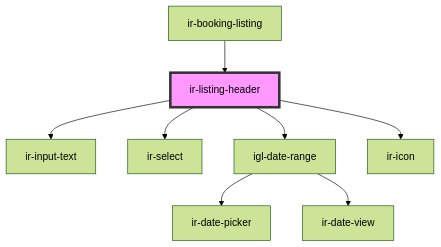
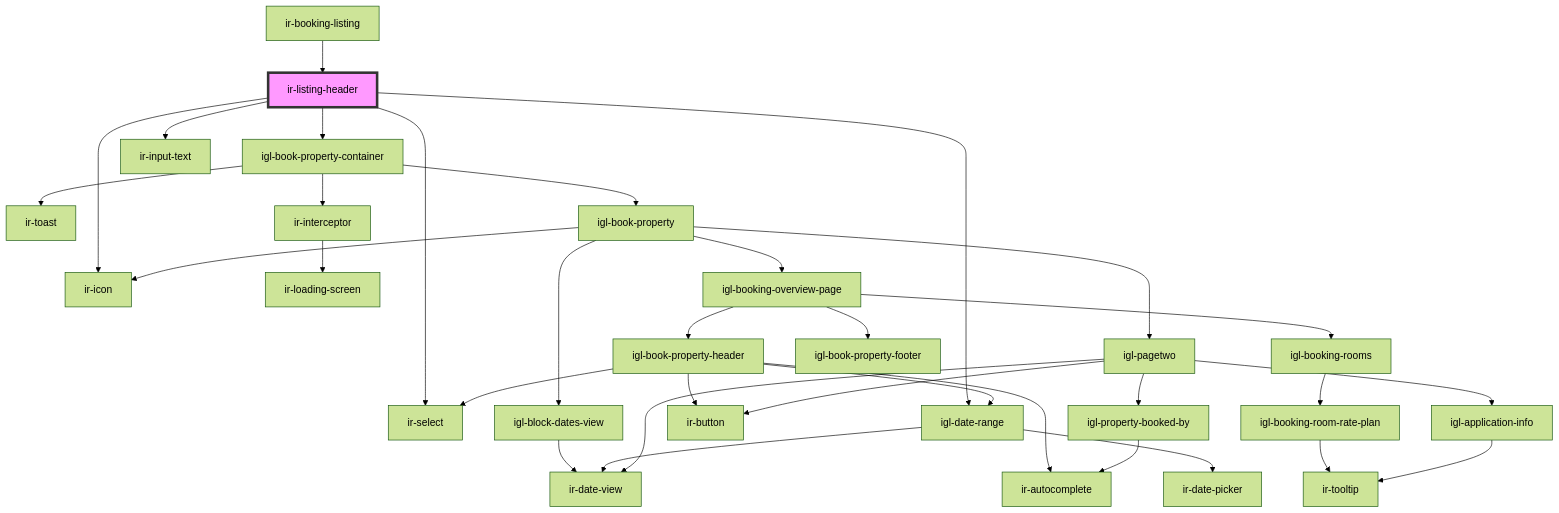
The diagram in src/components/ir-booking-listing/ir-listing-header/readme.md (David1Chowaifaty/modified-ir-webcmp), drawn with Mermaid (forest theme) before and after one commit. The commit also changed other lines of this file and 6 other files, not shown here.

````diff
--- a/src/components/ir-booking-listing/ir-listing-header/readme.md
+++ b/src/components/ir-booking-listing/ir-listing-header/readme.md
@@ -22,11 +32,36 @@
 ```mermaid
 graph TD;
+  ir-listing-header --> igl-book-property-container
   ir-listing-header --> ir-input-text
   ir-listing-header --> ir-select
   ir-listing-header --> igl-date-range
   ir-listing-header --> ir-icon
+  igl-book-property-container --> ir-toast
+  igl-book-property-container --> ir-interceptor
+  igl-book-property-container --> igl-book-property
+  ir-interceptor --> ir-loading-screen
+  igl-book-property --> igl-block-dates-view
+  igl-book-property --> ir-icon
+  igl-book-property --> igl-booking-overview-page
+  igl-book-property --> igl-pagetwo
+  igl-block-dates-view --> ir-date-view
+  igl-booking-overview-page --> igl-book-property-header
+  igl-booking-overview-page --> igl-booking-rooms
+  igl-booking-overview-page --> igl-book-property-footer
+  igl-book-property-header --> ir-autocomplete
+  igl-book-property-header --> ir-select
+  igl-book-property-header --> ir-button
+  igl-book-property-header --> igl-date-range
   igl-date-range --> ir-date-picker
   igl-date-range --> ir-date-view
+  igl-booking-rooms --> igl-booking-room-rate-plan
+  igl-booking-room-rate-plan --> ir-tooltip
+  igl-pagetwo --> ir-date-view
+  igl-pagetwo --> igl-application-info
+  igl-pagetwo --> igl-property-booked-by
+  igl-pagetwo --> ir-button
+  igl-application-info --> ir-tooltip
+  igl-property-booked-by --> ir-autocomplete
   ir-booking-listing --> ir-listing-header
   style ir-listing-header fill:#f9f,stroke:#333,stroke-width:4px
 ```
````
